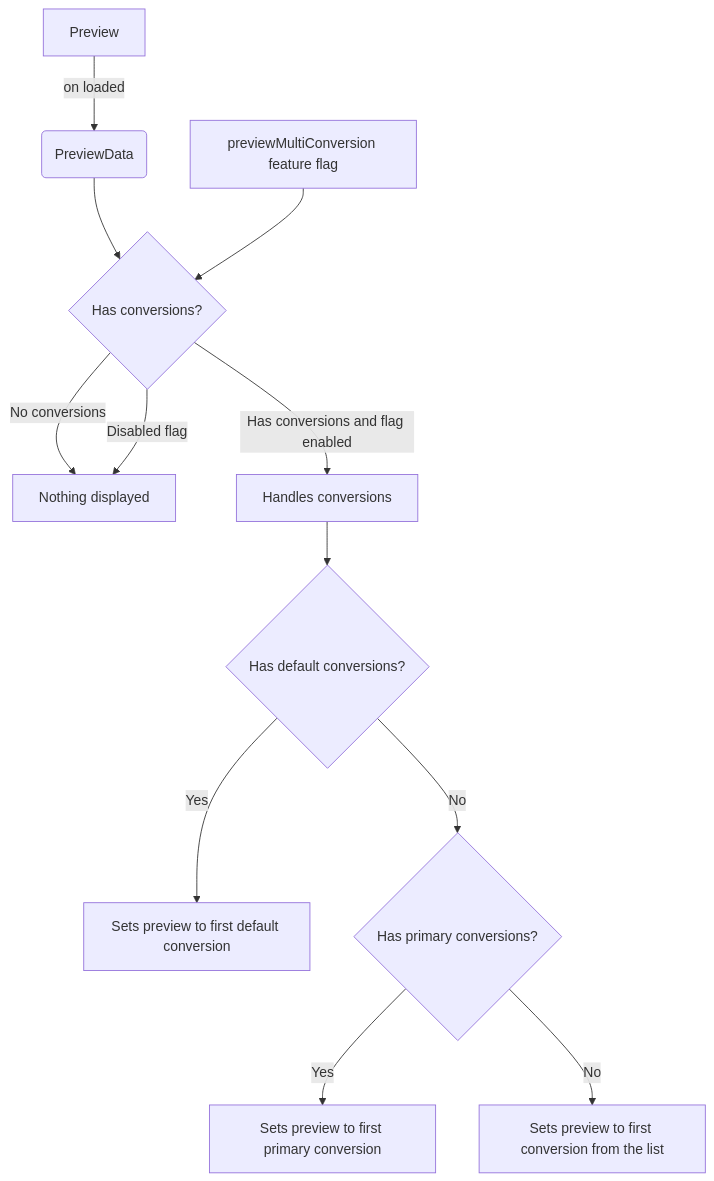
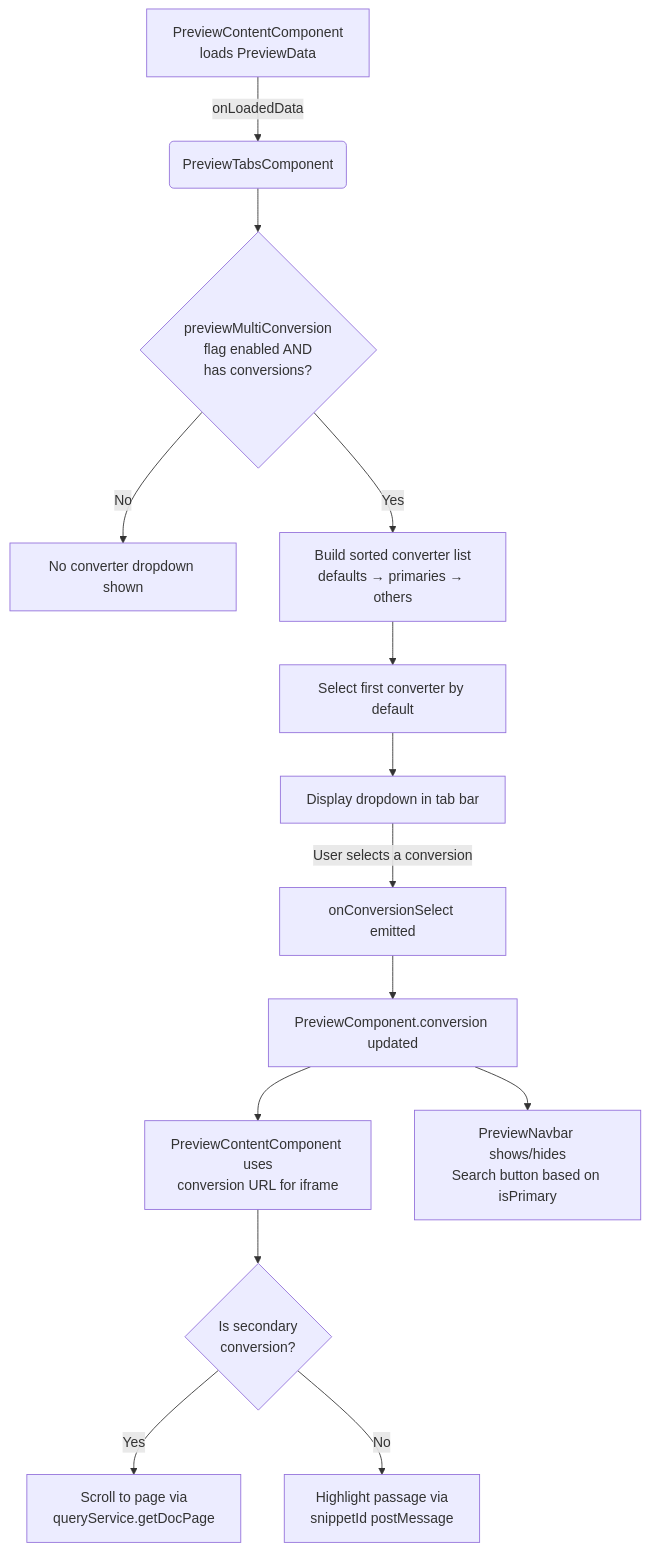
The second of 2 diagrams in docusaurus/docs/mint/features/preview.mdx (sinequa/sba-mint), drawn with Mermaid before and after one commit. The commit also changed other lines of this file and 15 other files, not shown here.

First line of the commit message:
Add detailed documentation for Preview Internals and Search Data Flow

````diff
--- a/docusaurus/docs/mint/features/preview.mdx
+++ b/docusaurus/docs/mint/features/preview.mdx
@@ -75,14 +82,16 @@
 ```mermaid
 flowchart TD
-    A[Preview] -->|on loaded| B(PreviewData)
-    B --> C{Has conversions?}
-    D[previewMultiConversion feature flag] --> C
-    C -->|No conversions| E[Nothing displayed]
-    C -->|Disabled flag| E
-    C -->|Has conversions and flag enabled| F[Handles conversions]
-    F --> G{Has default conversions?}
-    G -->|Yes| H[Sets preview to first default conversion]
-    G -->|No| I{Has primary conversions?}
-    I -->|Yes| J[Sets preview to first primary conversion]
-    I -->|No| K[Sets preview to first conversion from the list]
+    A[PreviewContentComponent\nloads PreviewData] -->|onLoadedData| B(PreviewTabsComponent)
+    B --> C{previewMultiConversion\nflag enabled AND\nhas conversions?}
+    C -->|No| E[No converter dropdown shown]
+    C -->|Yes| F[Build sorted converter list\ndefaults → primaries → others]
+    F --> G[Select first converter by default]
+    G --> H[Display dropdown in tab bar]
+    H -->|User selects a conversion| I[onConversionSelect emitted]
+    I --> J[PreviewComponent.conversion updated]
+    J --> K[PreviewContentComponent uses\nconversion URL for iframe]
+    J --> L[PreviewNavbar shows/hides\nSearch button based on isPrimary]
+    K --> M{Is secondary\nconversion?}
+    M -->|Yes| N[Scroll to page via\nqueryService.getDocPage]
+    M -->|No| O[Highlight passage via\nsnippetId postMessage]
 ```
````
